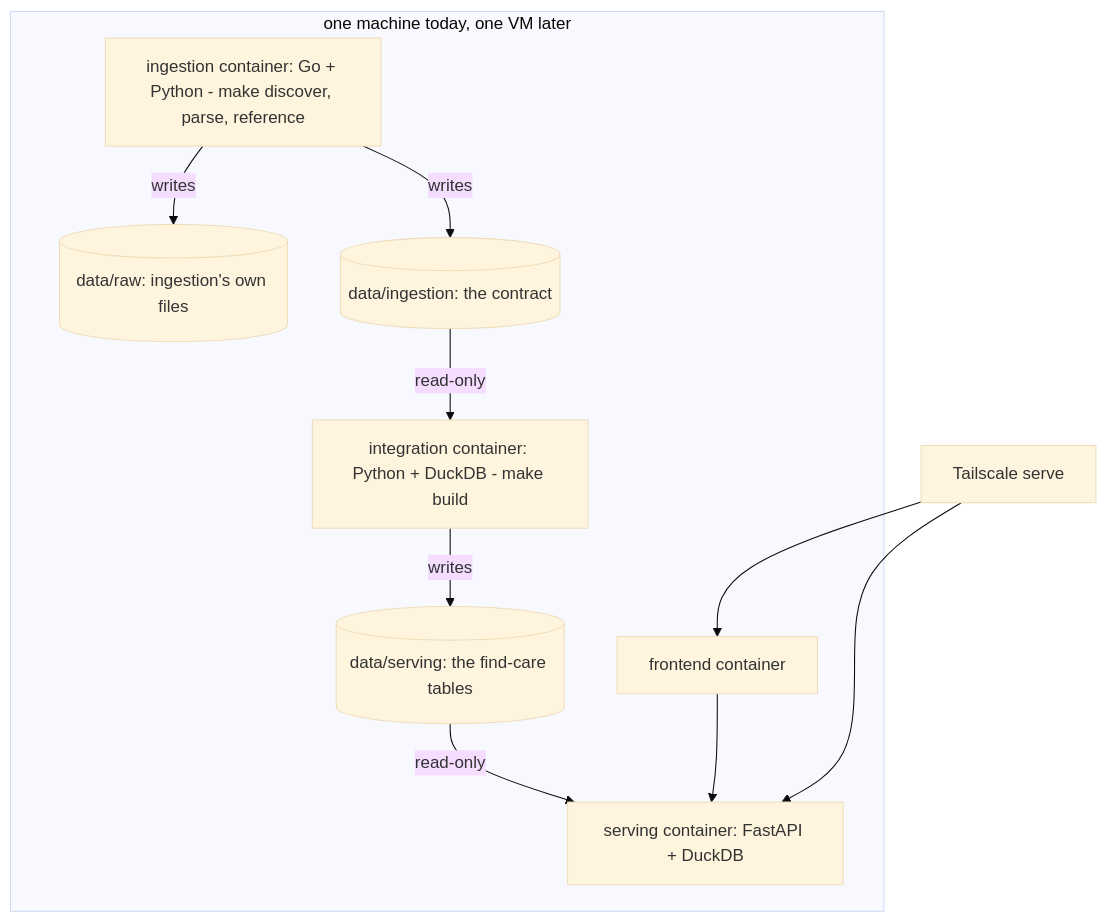
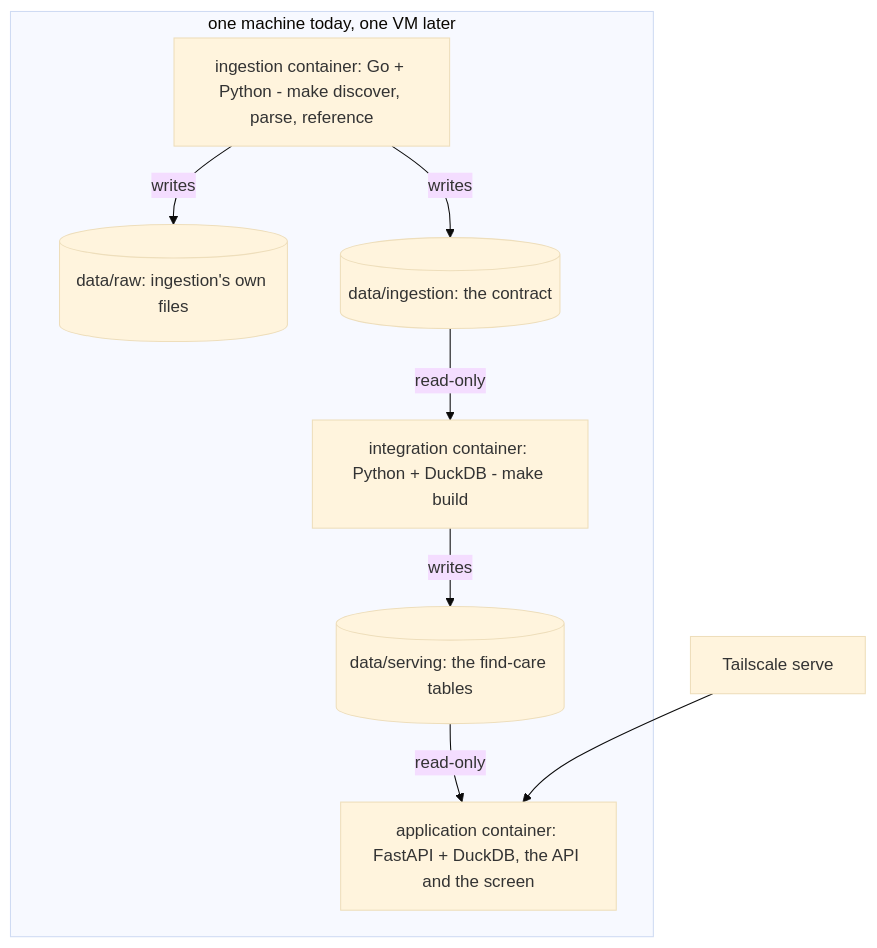
Before and after one commit to wmespi/honest-healthcare: the third of 3 diagrams in docs/architecture.md, drawn with Mermaid (base theme). The commit also changed other lines of this file and 32 other files, not shown here.

First line of the commit message:
feat: one application image serves the screen and the API under /api (#17) (#176)

````diff
--- a/docs/architecture.md
+++ b/docs/architecture.md
@@ -172,20 +172,17 @@
 ```mermaid
 flowchart TB
   subgraph host [one machine today, one VM later]
     ING[ingestion container: Go + Python - make discover, parse, reference]
     INT[integration container: Python + DuckDB - make build]
-    API[serving container: FastAPI + DuckDB]
-    WEB[frontend container]
+    APP[application container: FastAPI + DuckDB, the API and the screen]
     RAWD[(data/raw: ingestion's own files)]
     CON[(data/ingestion: the contract)]
     SRV[(data/serving: the find-care tables)]
     ING -->|writes| RAWD
     ING -->|writes| CON
     CON -->|read-only| INT
     INT -->|writes| SRV
-    SRV -->|read-only| API
-    WEB --> API
+    SRV -->|read-only| APP
   end
-  TS[Tailscale serve] --> WEB
-  TS --> API
+  TS[Tailscale serve] --> APP
 ```
````
